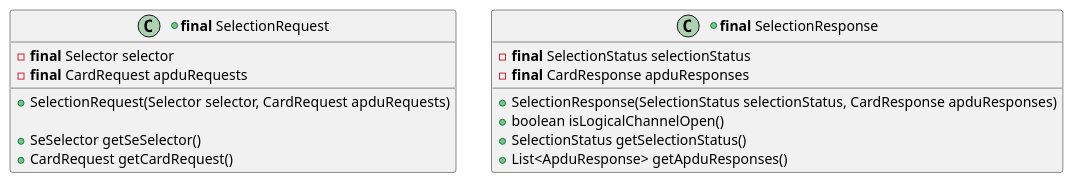
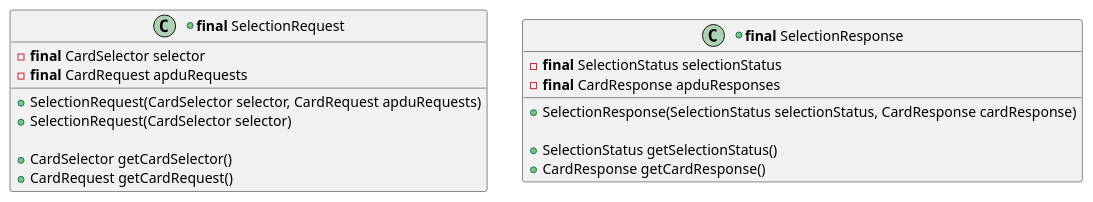
Before and after one commit to calypsonet/keyple: the fifth of 7 diagrams in src/KeypleCoreApi/puml/KeypleCore_Card_ClassDiag_ClassElements.iuml, drawn with PlantUML. The commit also changed other lines of this file and 10 other files, not shown here.

```diff
--- a/src/KeypleCoreApi/puml/KeypleCore_Card_ClassDiag_ClassElements.iuml
+++ b/src/KeypleCoreApi/puml/KeypleCore_Card_ClassDiag_ClassElements.iuml
@@ -73,21 +75,22 @@
 @startuml(id=CARD_SELECTION_1_0_0)
 +class "<b>final</b> SelectionRequest" as SelectionRequest {
-  -<b>final</b> Selector selector
+  -<b>final</b> CardSelector selector
   -<b>final</b> CardRequest apduRequests
 
-  +SelectionRequest(Selector selector, CardRequest apduRequests)
+  +SelectionRequest(CardSelector selector, CardRequest apduRequests)
+  +SelectionRequest(CardSelector selector)
 
-  +SeSelector getSeSelector()
+  +CardSelector getCardSelector()
   +CardRequest getCardRequest()
 }
 
 +class "<b>final</b> SelectionResponse" as SelectionResponse {
   -<b>final</b> SelectionStatus selectionStatus
   -<b>final</b> CardResponse apduResponses
 
-  +SelectionResponse(SelectionStatus selectionStatus, CardResponse apduResponses)
-  +boolean isLogicalChannelOpen()
+  +SelectionResponse(SelectionStatus selectionStatus, CardResponse cardResponse)
+
   +SelectionStatus getSelectionStatus()
-  +List<ApduResponse> getApduResponses()
+  +CardResponse getCardResponse()
 }
 @enduml
```
